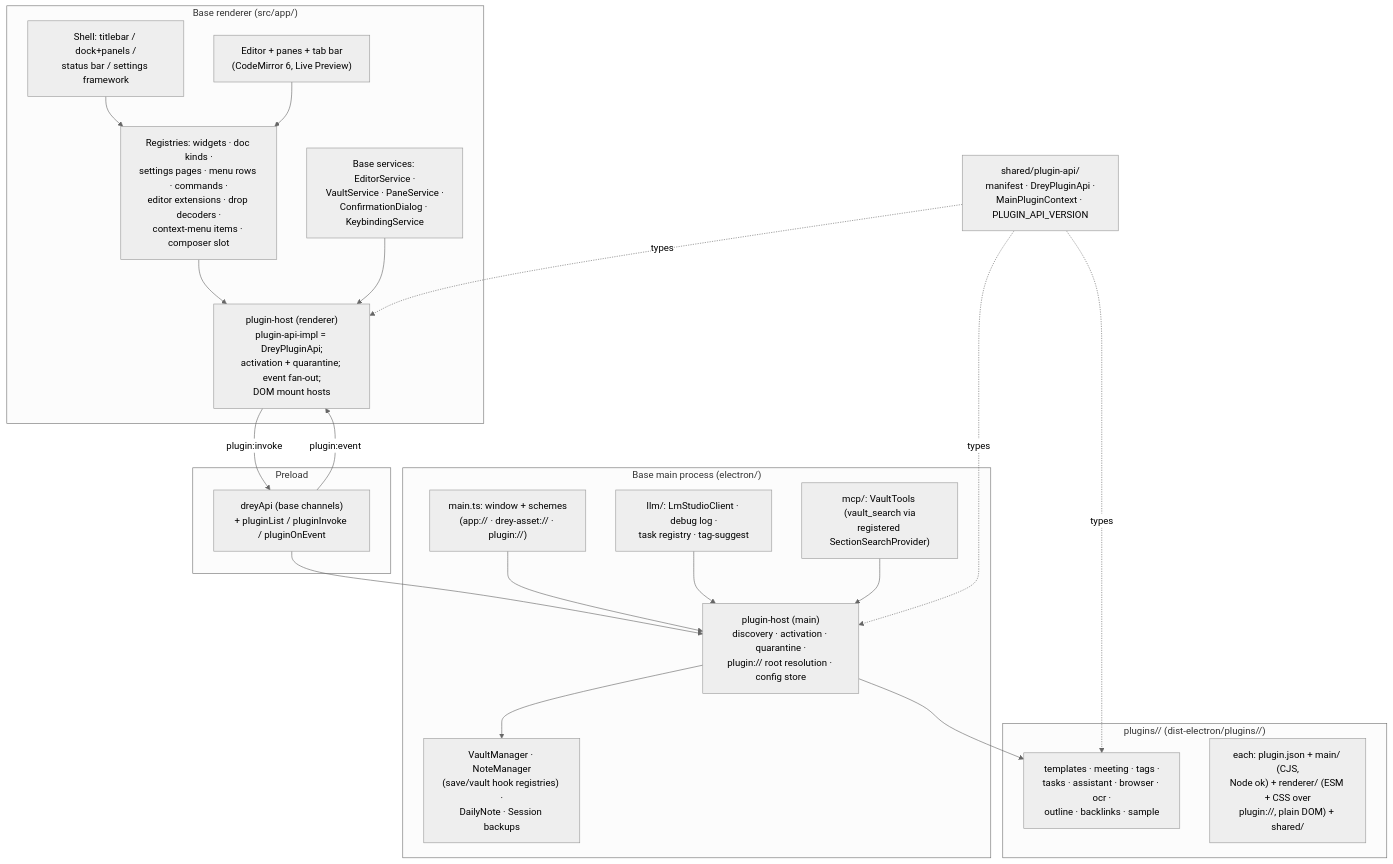
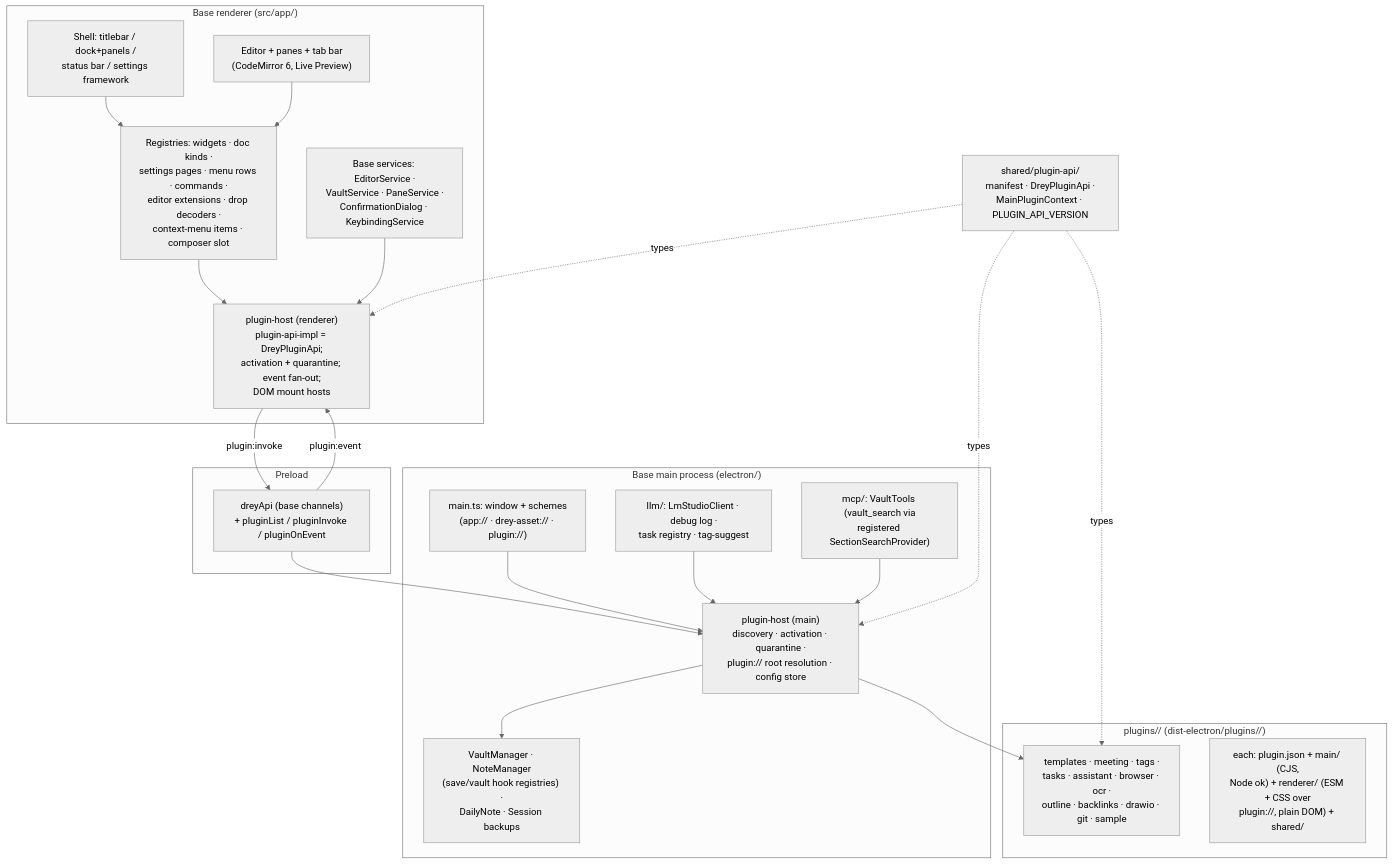
One commit to HenrikPuls/Drey changed the first of 4 diagrams in docs/05_building_block_view.md. Above: the diagram before and after it, drawn with Mermaid (neutral theme). The commit also changed other lines of this file and 45 other files, not shown here.

````diff
--- a/docs/05_building_block_view.md
+++ b/docs/05_building_block_view.md
@@ -114,41 +115,41 @@
 ```mermaid
 graph TB
     subgraph PR["Base renderer (src/app/)"]
         Shell["Shell: titlebar / dock+panels /<br/>status bar / settings framework"]
         Editor["Editor + panes + tab bar<br/>(CodeMirror 6, Live Preview)"]
         Registries["Registries: widgets · doc kinds ·<br/>settings pages · menu rows · commands ·<br/>editor extensions · drop decoders ·<br/>context-menu items · composer slot"]
         HostR["plugin-host (renderer)<br/>plugin-api-impl = DreyPluginApi;<br/>activation + quarantine; event fan-out;<br/>DOM mount hosts"]
         Services["Base services: EditorService ·<br/>VaultService · PaneService ·<br/>ConfirmationDialog · KeybindingService"]
     end
     subgraph Preload["Preload"]
         Bridge["dreyApi (base channels)<br/>+ pluginList / pluginInvoke / pluginOnEvent"]
     end
     subgraph Main["Base main process (electron/)"]
         MainTs["main.ts: window + schemes<br/>(app:// · drey-asset:// · plugin://)"]
         HostM["plugin-host (main)<br/>discovery · activation · quarantine ·<br/>plugin:// root resolution · config store"]
         IO["VaultManager · NoteManager<br/>(save/vault hook registries) ·<br/>DailyNote · Session backups"]
         LLM["llm/: LmStudioClient · debug log ·<br/>task registry · tag-suggest"]
         MCP["mcp/: VaultTools (vault_search via<br/>registered SectionSearchProvider)"]
     end
     subgraph Plugins["plugins/<id>/  (dist-electron/plugins/<id>/)"]
-        P1["templates · meeting · tags ·<br/>tasks · assistant · browser · ocr ·<br/>outline · backlinks · sample"]
+        P1["templates · meeting · tags ·<br/>tasks · assistant · browser · ocr ·<br/>outline · backlinks · drawio · git · sample"]
         P2["each: plugin.json + main/ (CJS,<br/>Node ok) + renderer/ (ESM + CSS over<br/>plugin://, plain DOM) + shared/"]
     end
     SDK["shared/plugin-api/<br/>manifest · DreyPluginApi ·<br/>MainPluginContext · PLUGIN_API_VERSION"]
 
     Shell --> Registries
     Registries --> HostR
     Editor --> Registries
     HostR -->|"plugin:invoke"| Bridge
     Bridge -->|"plugin:event"| HostR
     Bridge --> HostM
     HostM --> P1
     MainTs --> HostM
     HostM --> IO
     Services --> HostR
     LLM --> HostM
     MCP --> HostM
     SDK -.->|types| HostR
     SDK -.->|types| HostM
     SDK -.->|types| P1
 ```
````
